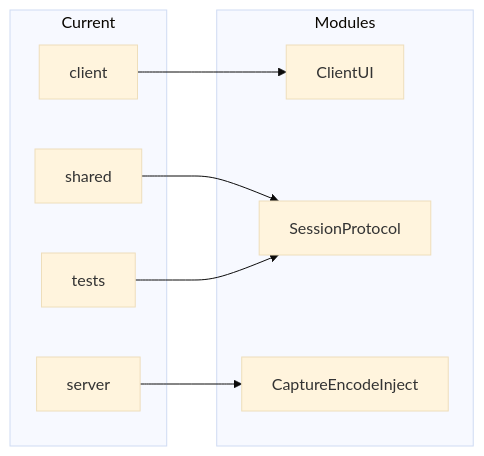
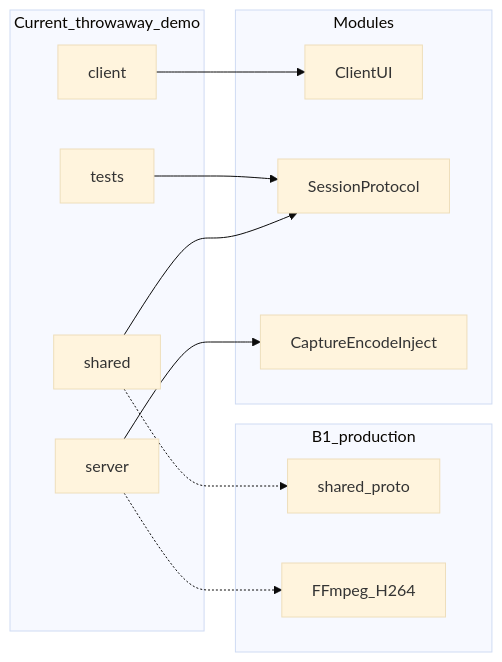
One commit to ArmaghanAsghar/TeamViewer changed the diagram in .cursor/brain/CODEMAP.md. Above: the diagram before and after it, drawn with Mermaid (base theme). The commit also changed other lines of this file and 7 other files, not shown here.

````diff
--- a/.cursor/brain/CODEMAP.md
+++ b/.cursor/brain/CODEMAP.md
@@ -5,18 +5,24 @@
 ```mermaid
 flowchart LR
-  subgraph current [Current]
+  subgraph current [Current_throwaway_demo]
     Client[client]
     Shared[shared]
     Server[server]
     Tests[tests]
   end
   subgraph modules [Modules]
     UI[ClientUI]
     Proto[SessionProtocol]
     Host[CaptureEncodeInject]
   end
+  subgraph target [B1_production]
+    ProtoBuf[shared_proto]
+    Avcodec[FFmpeg_H264]
+  end
   Client --> UI
   Shared --> Proto
   Server --> Host
   Tests --> Proto
+  Shared -.-> ProtoBuf
+  Server -.-> Avcodec
 ```
````
